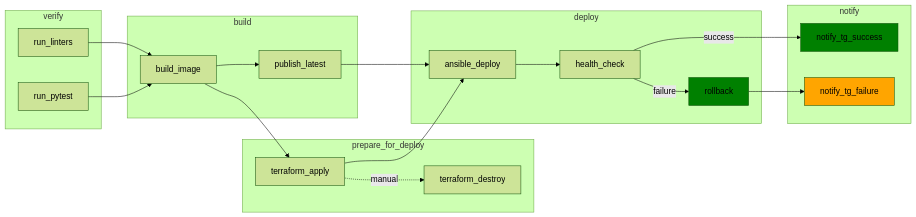
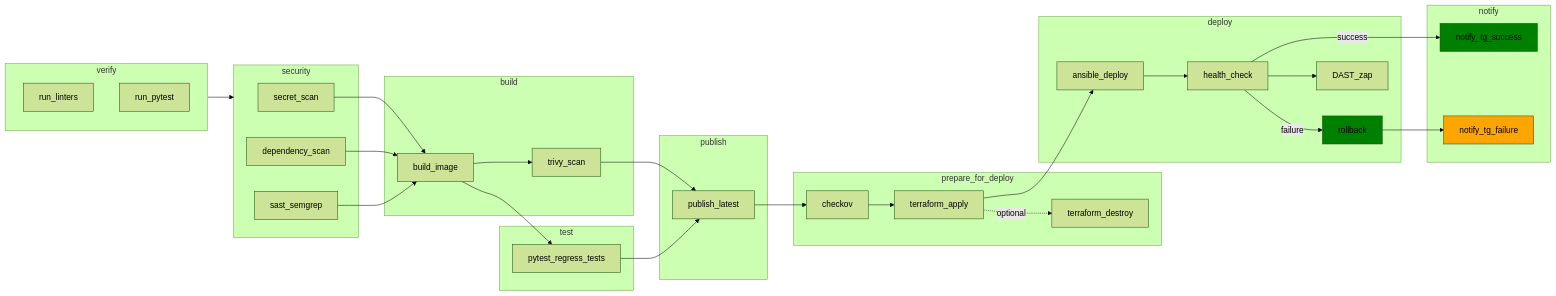
The first of 2 diagrams in README.md (AlexeyKuzko/devops_diploma), drawn with Mermaid (forest theme) before and after one commit. The commit also changed other lines of this file and 40 other files, not shown here.

````diff
--- a/README.md
+++ b/README.md
@@ -54,44 +62,66 @@
 ```mermaid
 flowchart LR
     subgraph Stage_Verify ["verify"]
         A1[run_linters]
         A2[run_pytest]
     end
 
+    subgraph Stage_Security ["security"]
+        S1[secret_scan]
+        S2[dependency_scan]
+        S3[sast_semgrep]
+    end
+
     subgraph Stage_Build ["build"]
         B1[build_image]
-        B2[publish_latest]
+        B2[trivy_scan]
+    end
+
+    subgraph Stage_Test ["test"]
+        T1[pytest_regress_tests]
+    end
+
+    subgraph Stage_Publish ["publish"]
+        P1[publish_latest]
     end
 
     subgraph Stage_Prepare ["prepare_for_deploy"]
-        C1[terraform_apply]
-        C2[terraform_destroy]
+        C1[checkov]
+        C2[terraform_apply<br/>]
+        C3[terraform_destroy<br/>]
     end
 
     subgraph Stage_Deploy ["deploy"]
         D1[ansible_deploy]
         D2[health_check]
         D3[rollback]
+        D4[DAST_zap]
     end
 
     subgraph Stage_Notify ["notify"]
         E1[notify_tg_success]
         E2[notify_tg_failure]
     end
 
-    A1 --> B1
-    A2 --> B1
+    Stage_Verify --> Stage_Security
+    S1 --> B1
+    S2 --> B1
+    S3 --> B1
     B1 --> B2
-    B1 --> C1
-    B2 --> D1
-    C1 -. manual .-> C2
-    C1 --> D1
+    B1 --> T1
+    B2 --> P1
+    T1 --> P1
+    P1 --> C1
+    C1 --> C2
+    C2 -. optional .-> C3
+    C2 --> D1
     D1 --> D2
+    D2 --> D4
     D2 -->|success| E1
     D2 -->|failure| D3
     D3 --> E2
 
     style D3 fill:green
     style E1 fill:green
     style E2 fill:orange
 ```
````
